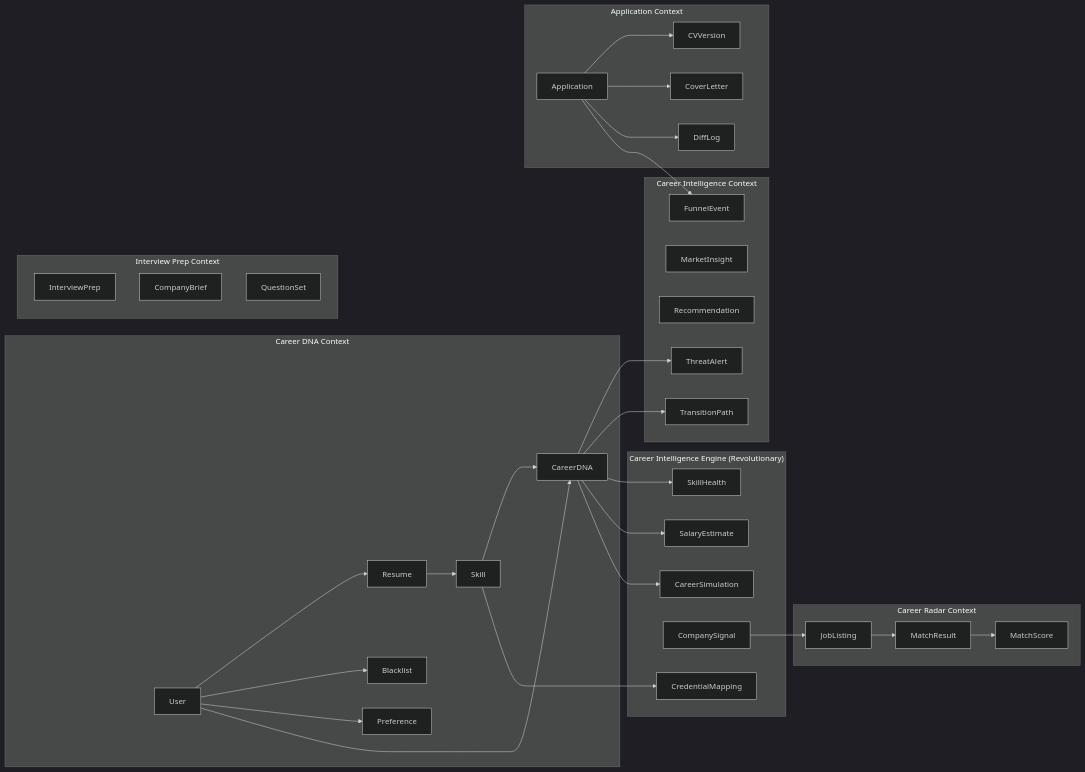
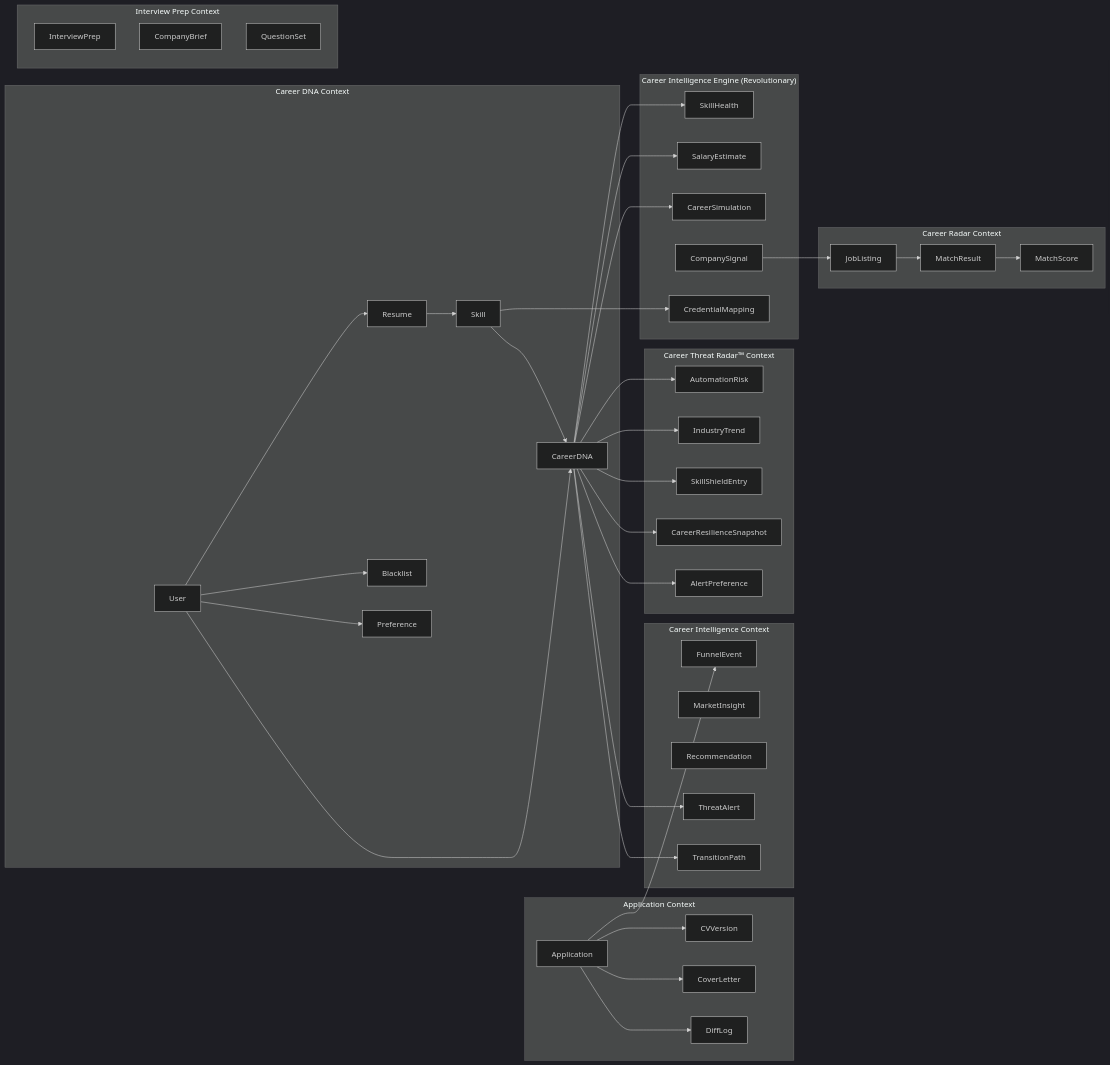
One commit to pathforge-labs/PathForge changed the diagram in docs/architecture/ARCHITECTURE.md. Above: the diagram before and after it, drawn with Mermaid (dark theme). The commit also changed other lines of this file and 20 other files, not shown here.

````diff
--- a/docs/architecture/ARCHITECTURE.md
+++ b/docs/architecture/ARCHITECTURE.md
@@ -301,66 +301,79 @@
 ```mermaid
 graph LR
     subgraph "Career DNA Context"
         USER["User"]
         RESUME["Resume"]
         SKILL["Skill"]
         BLACKLIST["Blacklist"]
         PREFERENCE["Preference"]
         CAREERDNA["CareerDNA"]
     end
 
     subgraph "Career Radar Context"
         JOBLISTING["JobListing"]
         MATCHRESULT["MatchResult"]
         MATCHSCORE["MatchScore"]
     end
 
     subgraph "Application Context"
         APPLICATION["Application"]
         CVVERSION["CVVersion"]
         COVERLETTER["CoverLetter"]
         DIFFLOG["DiffLog"]
     end
 
     subgraph "Interview Prep Context"
         INTERVIEWPREP["InterviewPrep"]
         COMPANYBRIEF["CompanyBrief"]
         QUESTIONSET["QuestionSet"]
     end
 
     subgraph "Career Intelligence Context"
         FUNNELEVENT["FunnelEvent"]
         MARKETINSIGHT["MarketInsight"]
         RECOMMENDATION["Recommendation"]
         THREATALERT["ThreatAlert"]
         TRANSITIONPATH["TransitionPath"]
     end
 
+    subgraph "Career Threat Radar™ Context"
+        AUTOMATIONRISK["AutomationRisk"]
+        INDUSTRYTREND["IndustryTrend"]
+        SKILLSHIELDENTRY["SkillShieldEntry"]
+        CAREERRESILIENCE["CareerResilienceSnapshot"]
+        ALERTPREFERENCE["AlertPreference"]
+    end
+
     subgraph "Career Intelligence Engine (Revolutionary)"
         SKILLHEALTH["SkillHealth"]
         SALARYESTIMATE["SalaryEstimate"]
         CAREERSIM["CareerSimulation"]
         COMPANYSIGNAL["CompanySignal"]
         CREDENTIALMAP["CredentialMapping"]
     end
 
     USER --> RESUME
     USER --> BLACKLIST
     USER --> PREFERENCE
     USER --> CAREERDNA
     RESUME --> SKILL
     SKILL --> CAREERDNA
     JOBLISTING --> MATCHRESULT
     MATCHRESULT --> MATCHSCORE
     APPLICATION --> CVVERSION
     APPLICATION --> COVERLETTER
     APPLICATION --> DIFFLOG
     APPLICATION --> FUNNELEVENT
     CAREERDNA --> THREATALERT
     CAREERDNA --> TRANSITIONPATH
     CAREERDNA --> SKILLHEALTH
     CAREERDNA --> SALARYESTIMATE
     CAREERDNA --> CAREERSIM
+    CAREERDNA --> AUTOMATIONRISK
+    CAREERDNA --> INDUSTRYTREND
+    CAREERDNA --> SKILLSHIELDENTRY
+    CAREERDNA --> CAREERRESILIENCE
+    CAREERDNA --> ALERTPREFERENCE
     COMPANYSIGNAL --> JOBLISTING
     SKILL --> CREDENTIALMAP
 ```
````
